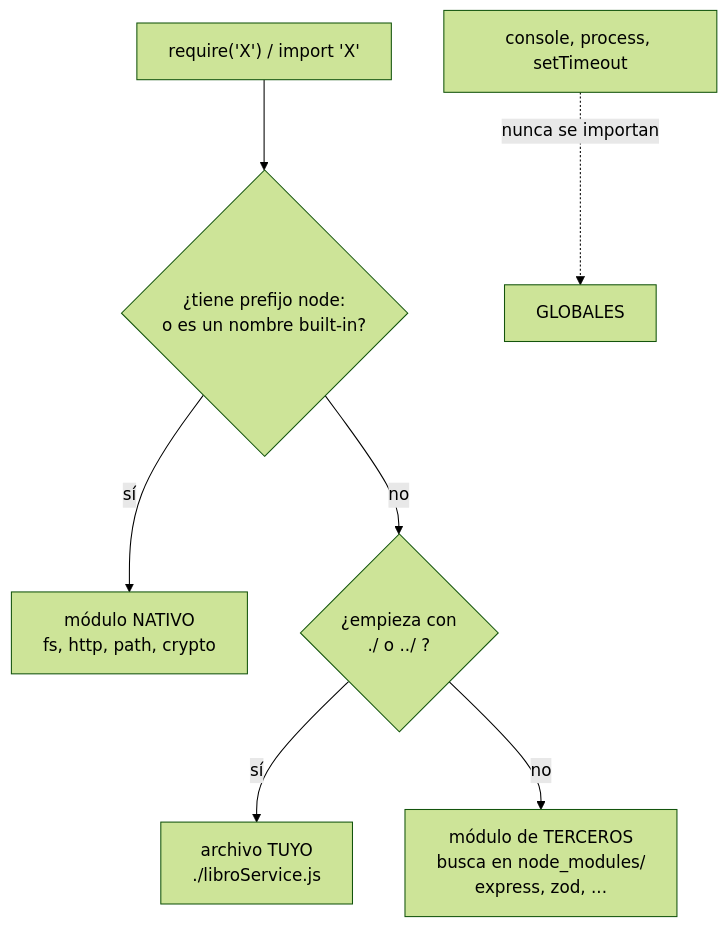
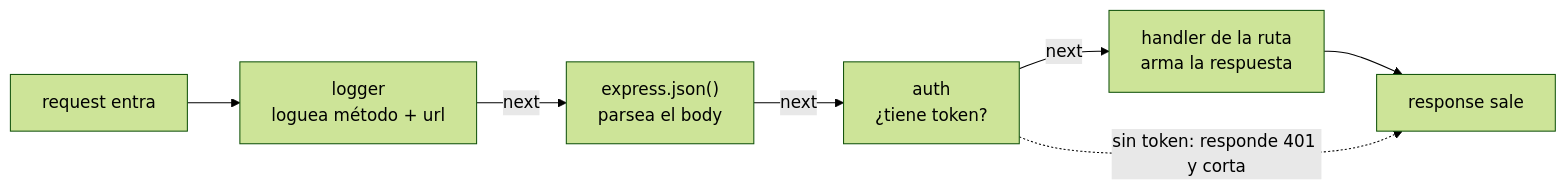
One commit to Gaston-Sartini/jueves_tp2a_ya changed the diagram in material-teorico.md. Above: the diagram before and after it, drawn with Mermaid (forest theme). The commit also changed other lines of this file and 2 other files, not shown here.

````diff
--- a/material-teorico.md
+++ b/material-teorico.md
@@ -54,10 +24,9 @@
 ```mermaid
-flowchart TD
-    Req["require('X') / import 'X'"]
-    Req --> Q1{"¿tiene prefijo node:<br/>o es un nombre built-in?"}
-    Q1 -->|sí| Nat["módulo NATIVO<br/>fs, http, path, crypto"]
-    Q1 -->|no| Q2{"¿empieza con<br/>./ o ../ ?"}
-    Q2 -->|sí| Local["archivo TUYO<br/>./libroService.js"]
-    Q2 -->|no| Tercero["módulo de TERCEROS<br/>busca en node_modules/<br/>express, zod, ..."]
-    Glob["console, process, setTimeout"] -.->|nunca se importan| Global["GLOBALES"]
+flowchart LR
+    Req["request entra"] --> M1["logger<br/>loguea método + url"]
+    M1 -->|next| M2["express.json()<br/>parsea el body"]
+    M2 -->|next| M3["auth<br/>¿tiene token?"]
+    M3 -->|next| H["handler de la ruta<br/>arma la respuesta"]
+    H --> Res["response sale"]
+    M3 -.->|"sin token: responde 401 y corta"| Res
 ```
````
